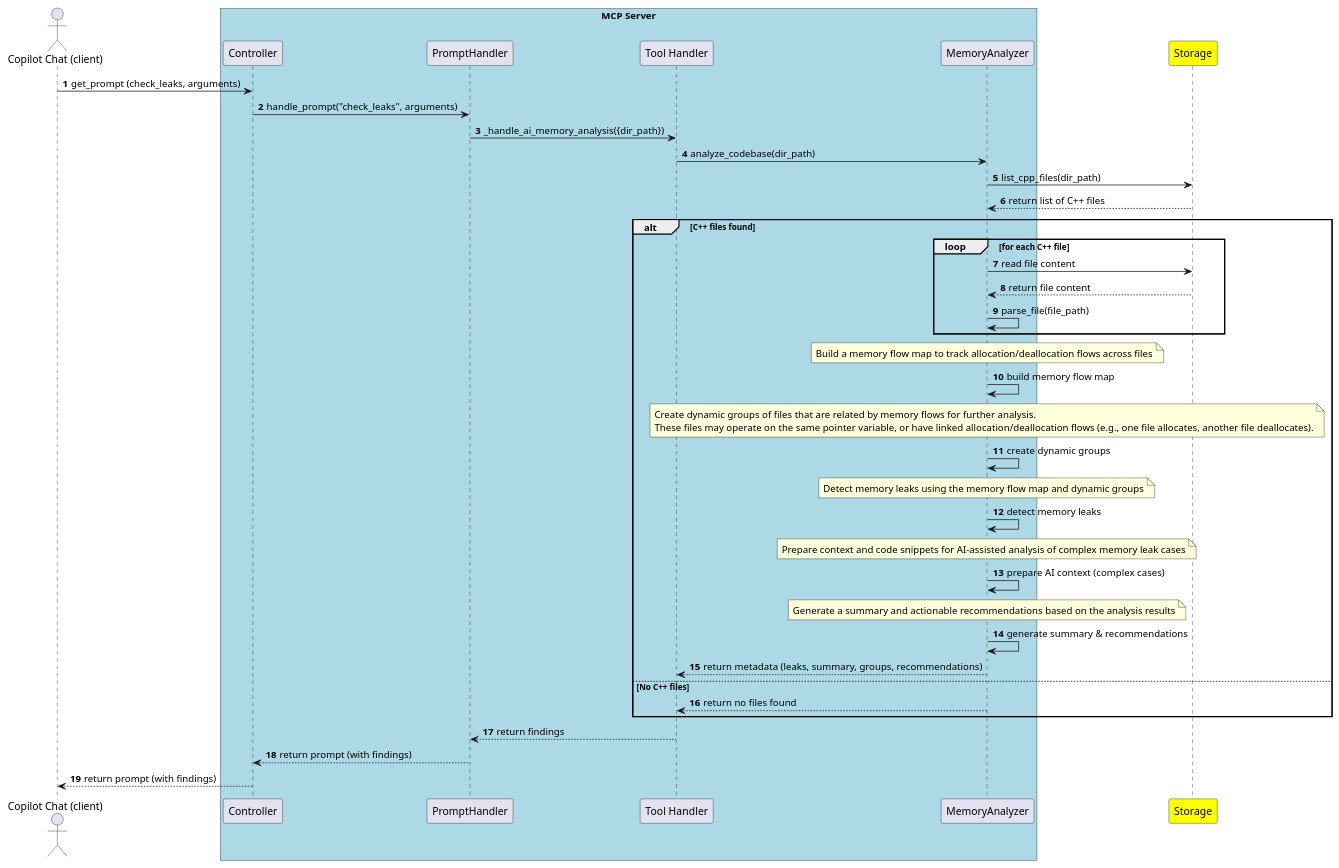
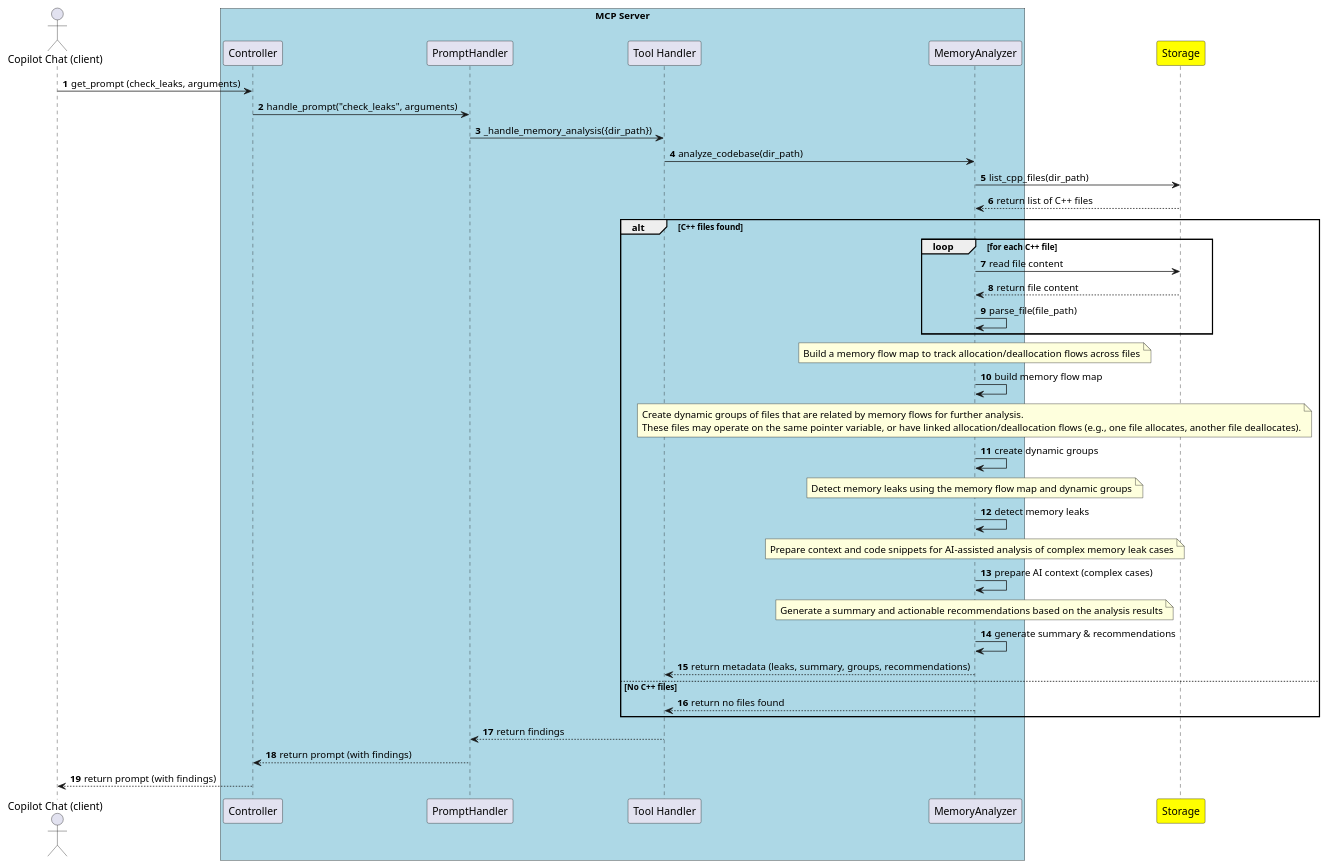
One commit to taikt/codefun changed the diagram in deepl/mcp_server/doc/mcp_prompt_check_leaks_sequence.puml. Above: the diagram before and after it, drawn with PlantUML. The commit also changed 4 other files, not shown here.

```diff
--- a/deepl/mcp_server/doc/mcp_prompt_check_leaks_sequence.puml
+++ b/deepl/mcp_server/doc/mcp_prompt_check_leaks_sequence.puml
@@ -1,63 +1,63 @@
 @startuml
 actor "Copilot Chat (client)" as copilot
 box "MCP Server" #LightBlue
   participant "Controller" as controller
   participant "PromptHandler" as promptHandler
   participant "Tool Handler" as toolHandler
   participant "MemoryAnalyzer" as memoryAnalyzer
 end box
 participant "Storage" as storage #yellow
 
 autonumber
 copilot -> controller : get_prompt (check_leaks, arguments)
 controller -> promptHandler : handle_prompt("check_leaks", arguments)
-promptHandler -> toolHandler : _handle_ai_memory_analysis({dir_path})
+promptHandler -> toolHandler : _handle_memory_analysis({dir_path})
 toolHandler -> memoryAnalyzer : analyze_codebase(dir_path)
 memoryAnalyzer -> storage : list_cpp_files(dir_path)
 storage --> memoryAnalyzer : return list of C++ files
 alt C++ files found
   loop for each C++ file
     ' Step 10: For each C++ file, read its content
     memoryAnalyzer -> storage : read file content
     storage --> memoryAnalyzer : return file content
     ' Step 11: Parse each file to extract memory operations (allocations/deallocations)
     memoryAnalyzer -> memoryAnalyzer : parse_file(file_path)
   end
   ' Step 12: Build a memory flow map to track allocation/deallocation flows across files
   note over memoryAnalyzer
      Build a memory flow map to track allocation/deallocation flows across files
   end note
   memoryAnalyzer -> memoryAnalyzer : build memory flow map
  
   ' Step 13: Create dynamic groups of files related by memory flows
   note over memoryAnalyzer
      Create dynamic groups of files that are related by memory flows for further analysis.
      These files may operate on the same pointer variable, or have linked allocation/deallocation flows (e.g., one file allocates, another file deallocates).
   end note
   memoryAnalyzer -> memoryAnalyzer : create dynamic groups
 
   ' Step 14: Detect memory leaks based on the memory flow map and groups
   note over memoryAnalyzer
      Detect memory leaks using the memory flow map and dynamic groups
   end note
   memoryAnalyzer -> memoryAnalyzer : detect memory leaks
 
   ' Step 15: Prepare AI context for complex cases
   note over memoryAnalyzer
      Prepare context and code snippets for AI-assisted analysis of complex memory leak cases
   end note
   memoryAnalyzer -> memoryAnalyzer : prepare AI context (complex cases)
 
   ' Step 16: Generate summary and actionable recommendations
   note over memoryAnalyzer
      Generate a summary and actionable recommendations based on the analysis results
   end note
   memoryAnalyzer -> memoryAnalyzer : generate summary & recommendations
   memoryAnalyzer --> toolHandler : return metadata (leaks, summary, groups, recommendations)
 else No C++ files
   memoryAnalyzer --> toolHandler : return no files found
 end
 toolHandler --> promptHandler : return findings
 promptHandler --> controller : return prompt (with findings)
 controller --> copilot : return prompt (with findings)
 @enduml
```
